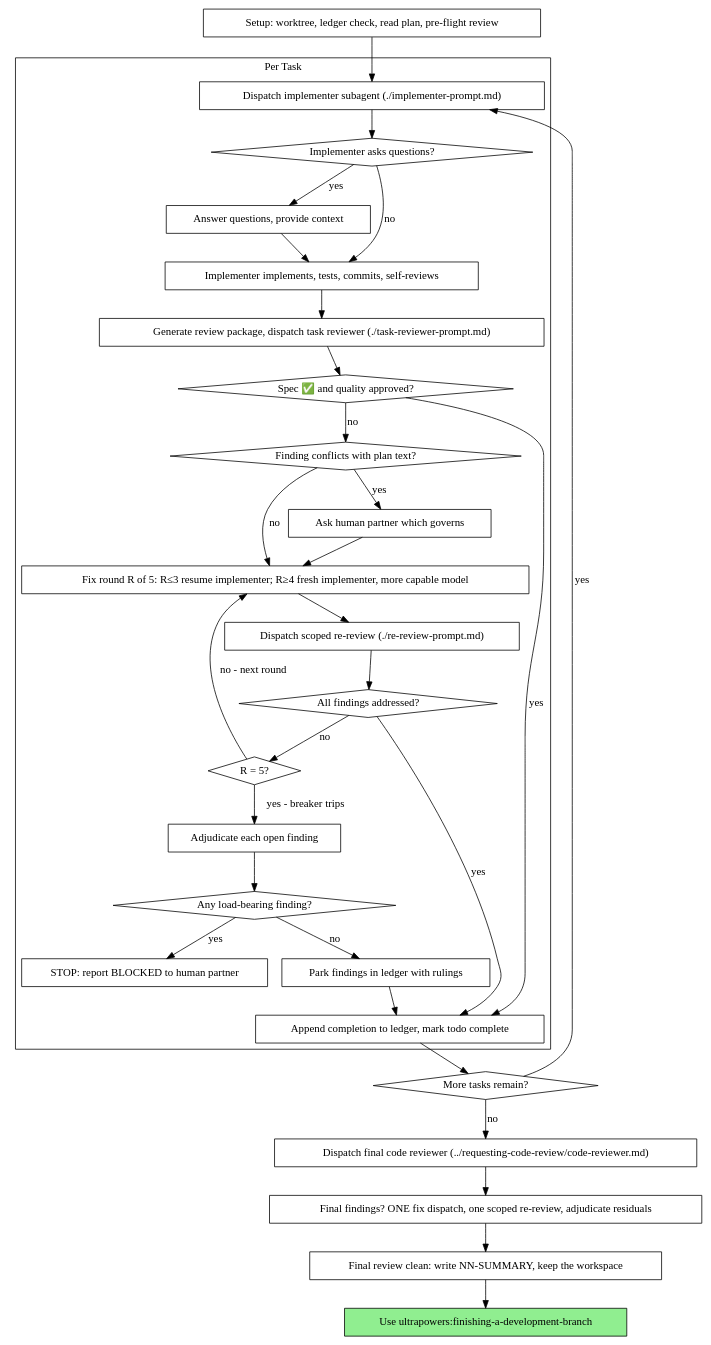
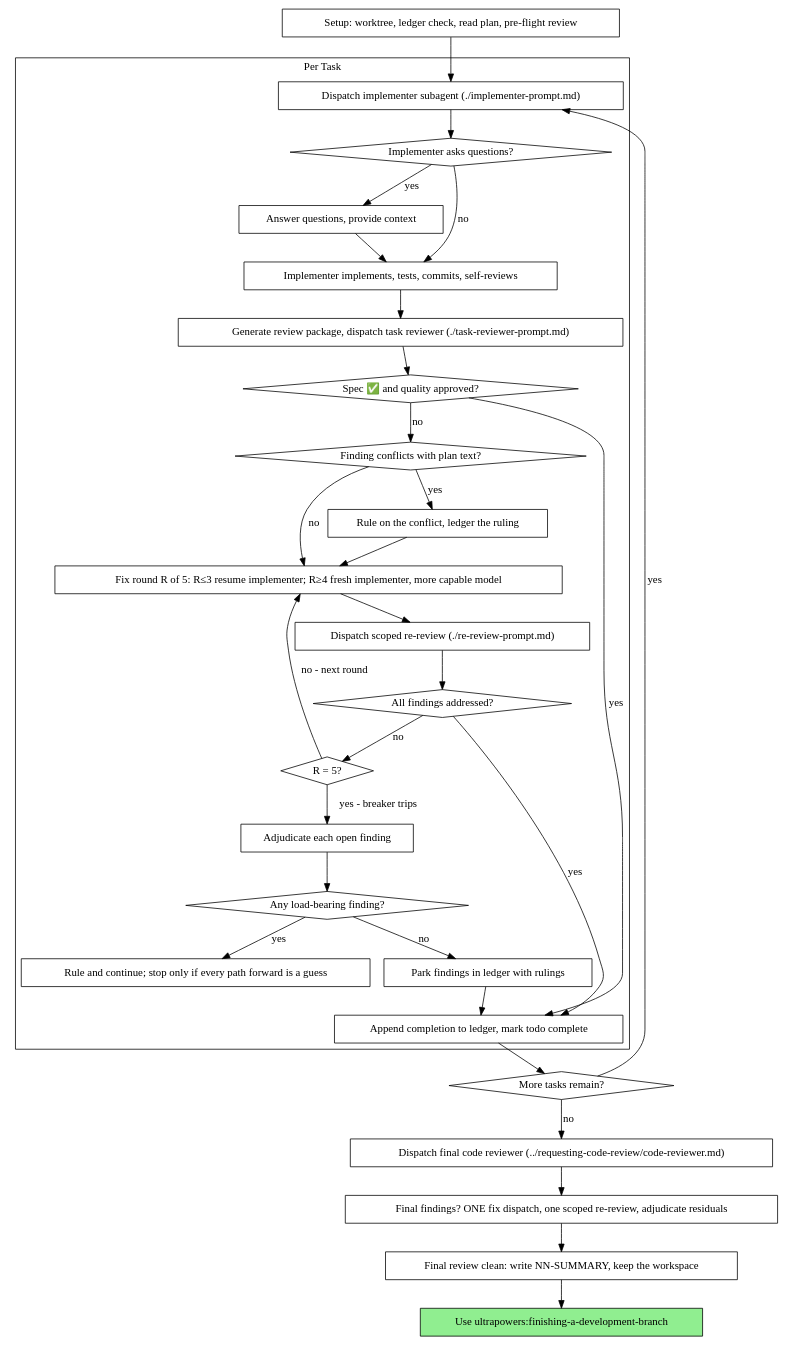
Before and after one commit to axazolai/ultrapowers: the second of 2 diagrams in plugins/ultrapowers/skills/subagent-driven-development/SKILL.md, drawn with Graphviz. The commit also changed other lines of this file and 10 other files, not shown here.

````diff
--- a/plugins/ultrapowers/skills/subagent-driven-development/SKILL.md
+++ b/plugins/ultrapowers/skills/subagent-driven-development/SKILL.md
@@ -79,62 +93,62 @@
 ```dot
 digraph process {
     rankdir=TB;
 
     subgraph cluster_per_task {
         label="Per Task";
         "Dispatch implementer subagent (./implementer-prompt.md)" [shape=box];
         "Implementer asks questions?" [shape=diamond];
         "Answer questions, provide context" [shape=box];
         "Implementer implements, tests, commits, self-reviews" [shape=box];
         "Generate review package, dispatch task reviewer (./task-reviewer-prompt.md)" [shape=box];
         "Spec ✅ and quality approved?" [shape=diamond];
         "Finding conflicts with plan text?" [shape=diamond];
-        "Ask human partner which governs" [shape=box];
+        "Rule on the conflict, ledger the ruling" [shape=box];
         "Fix round R of 5: R≤3 resume implementer; R≥4 fresh implementer, more capable model" [shape=box];
         "Dispatch scoped re-review (./re-review-prompt.md)" [shape=box];
         "All findings addressed?" [shape=diamond];
         "R = 5?" [shape=diamond];
         "Adjudicate each open finding" [shape=box];
         "Any load-bearing finding?" [shape=diamond];
-        "STOP: report BLOCKED to human partner" [shape=box];
+        "Rule and continue; stop only if every path forward is a guess" [shape=box];
         "Park findings in ledger with rulings" [shape=box];
         "Append completion to ledger, mark todo complete" [shape=box];
     }
 
     "Setup: worktree, ledger check, read plan, pre-flight review" [shape=box];
     "More tasks remain?" [shape=diamond];
     "Dispatch final code reviewer (../requesting-code-review/code-reviewer.md)" [shape=box];
     "Final findings? ONE fix dispatch, one scoped re-review, adjudicate residuals" [shape=box];
     "Final review clean: write NN-SUMMARY, keep the workspace" [shape=box];
     "Use ultrapowers:finishing-a-development-branch" [shape=box style=filled fillcolor=lightgreen];
 
     "Setup: worktree, ledger check, read plan, pre-flight review" -> "Dispatch implementer subagent (./implementer-prompt.md)";
     "Dispatch implementer subagent (./implementer-prompt.md)" -> "Implementer asks questions?";
     "Implementer asks questions?" -> "Answer questions, provide context" [label="yes"];
     "Answer questions, provide context" -> "Implementer implements, tests, commits, self-reviews";
     "Implementer asks questions?" -> "Implementer implements, tests, commits, self-reviews" [label="no"];
     "Implementer implements, tests, commits, self-reviews" -> "Generate review package, dispatch task reviewer (./task-reviewer-prompt.md)";
     "Generate review package, dispatch task reviewer (./task-reviewer-prompt.md)" -> "Spec ✅ and quality approved?";
     "Spec ✅ and quality approved?" -> "Append completion to ledger, mark todo complete" [label="yes"];
     "Spec ✅ and quality approved?" -> "Finding conflicts with plan text?" [label="no"];
-    "Finding conflicts with plan text?" -> "Ask human partner which governs" [label="yes"];
-    "Ask human partner which governs" -> "Fix round R of 5: R≤3 resume implementer; R≥4 fresh implementer, more capable model";
+    "Finding conflicts with plan text?" -> "Rule on the conflict, ledger the ruling" [label="yes"];
+    "Rule on the conflict, ledger the ruling" -> "Fix round R of 5: R≤3 resume implementer; R≥4 fresh implementer, more capable model";
     "Finding conflicts with plan text?" -> "Fix round R of 5: R≤3 resume implementer; R≥4 fresh implementer, more capable model" [label="no"];
     "Fix round R of 5: R≤3 resume implementer; R≥4 fresh implementer, more capable model" -> "Dispatch scoped re-review (./re-review-prompt.md)";
     "Dispatch scoped re-review (./re-review-prompt.md)" -> "All findings addressed?";
     "All findings addressed?" -> "Append completion to ledger, mark todo complete" [label="yes"];
     "All findings addressed?" -> "R = 5?" [label="no"];
     "R = 5?" -> "Fix round R of 5: R≤3 resume implementer; R≥4 fresh implementer, more capable model" [label="no - next round"];
     "R = 5?" -> "Adjudicate each open finding" [label="yes - breaker trips"];
     "Adjudicate each open finding" -> "Any load-bearing finding?";
-    "Any load-bearing finding?" -> "STOP: report BLOCKED to human partner" [label="yes"];
+    "Any load-bearing finding?" -> "Rule and continue; stop only if every path forward is a guess" [label="yes"];
     "Any load-bearing finding?" -> "Park findings in ledger with rulings" [label="no"];
     "Park findings in ledger with rulings" -> "Append completion to ledger, mark todo complete";
     "Append completion to ledger, mark todo complete" -> "More tasks remain?";
     "More tasks remain?" -> "Dispatch implementer subagent (./implementer-prompt.md)" [label="yes"];
     "More tasks remain?" -> "Dispatch final code reviewer (../requesting-code-review/code-reviewer.md)" [label="no"];
     "Dispatch final code reviewer (../requesting-code-review/code-reviewer.md)" -> "Final findings? ONE fix dispatch, one scoped re-review, adjudicate residuals";
     "Final findings? ONE fix dispatch, one scoped re-review, adjudicate residuals" -> "Final review clean: write NN-SUMMARY, keep the workspace";
     "Final review clean: write NN-SUMMARY, keep the workspace" -> "Use ultrapowers:finishing-a-development-branch";
 }
 ```
````
